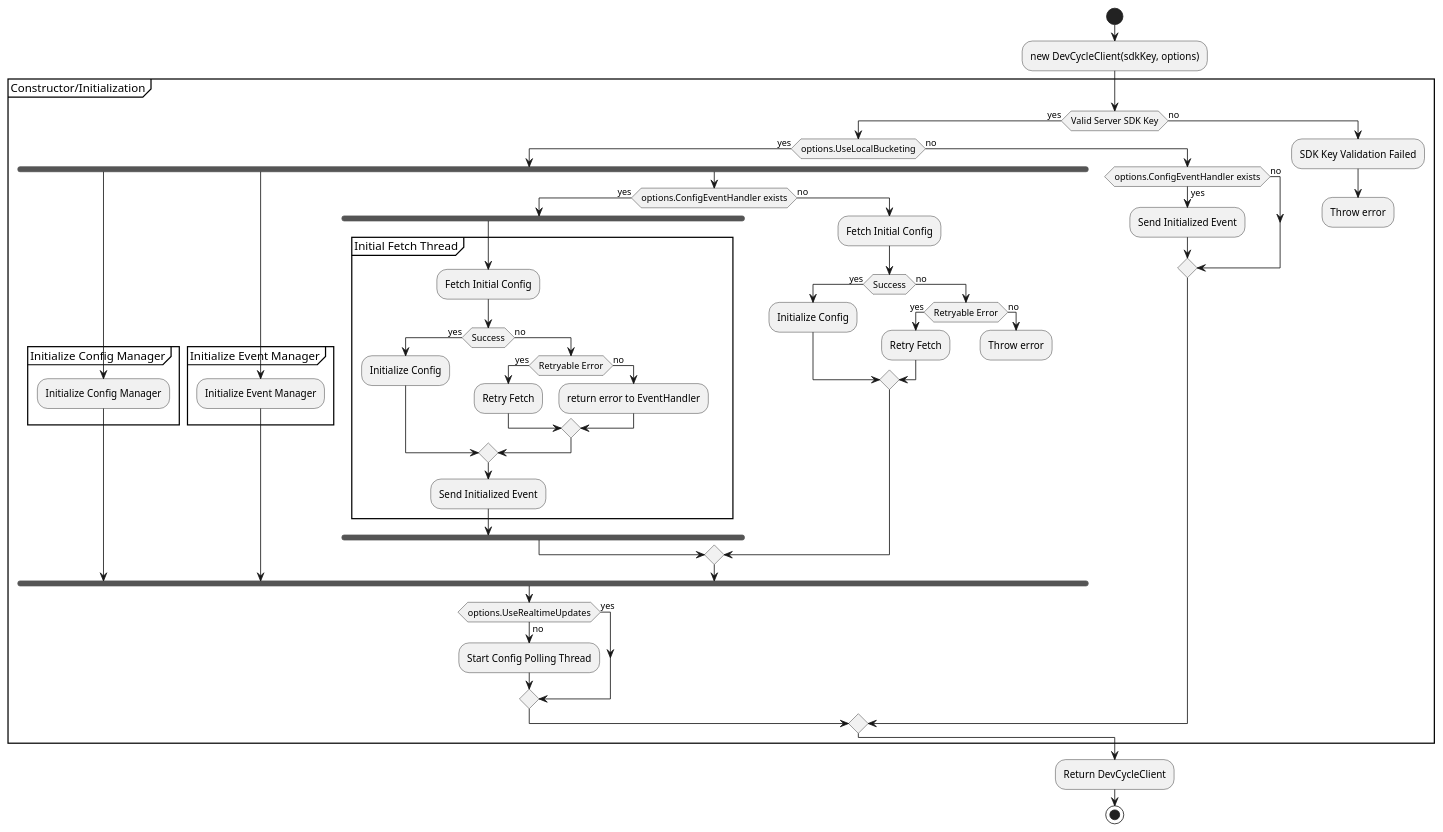
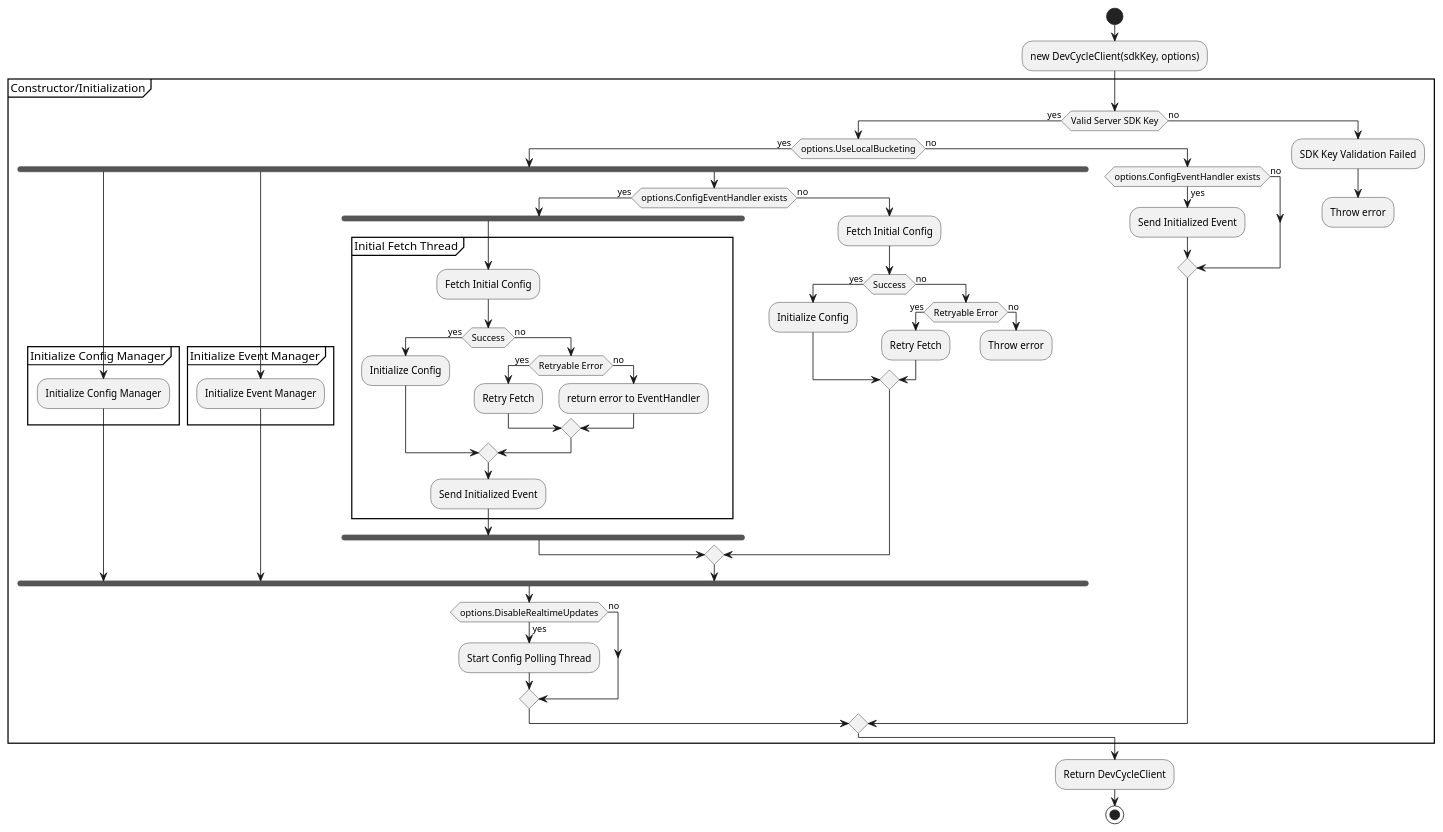
One commit to DevCycleHQ/devcycle-docs changed the diagram in diagrams/server-sdk-initialization.puml. Above: the diagram before and after it, drawn with PlantUML. The commit also changed 1 other file, not shown here.

```diff
--- a/diagrams/server-sdk-initialization.puml
+++ b/diagrams/server-sdk-initialization.puml
@@ -1,66 +1,66 @@
 @startuml
 'DevCycle Server SDK Initialization Sequence Diagram
 start
 :new DevCycleClient(sdkKey, options);
 group Constructor/Initialization
     if (Valid Server SDK Key) then (yes)
         if (options.UseLocalBucketing) then (yes)
             fork
             group Initialize Config Manager
                 :Initialize Config Manager;
             end group
             fork again
             group Initialize Event Manager
                 :Initialize Event Manager;
             end group
             fork again
             if (options.ConfigEventHandler exists) then (yes)
                 fork
                 group Initial Fetch Thread
                     :Fetch Initial Config;
                     if (Success) then (yes)
                         :Initialize Config;
                     else (no)
                         if (Retryable Error) then (yes)
                             :Retry Fetch;
                         else (no)
                             :return error to EventHandler;
                         endif
                     endif
                     :Send Initialized Event;
                 end group
                 end fork
             else (no)
                 :Fetch Initial Config;
                 if (Success) then (yes)
                     :Initialize Config;
                 else (no)
                     if (Retryable Error) then (yes)
                         :Retry Fetch;
                     else (no)
                         :Throw error;
                         kill
                     endif
                 endif
             endif
             end fork
-            if (options.UseRealtimeUpdates) then (no)
+            if (options.DisableRealtimeUpdates) then (yes)
                 :Start Config Polling Thread;
-            else (yes)
+            else (no)
             endif
         else (no)
             if (options.ConfigEventHandler exists) then (yes)
                 :Send Initialized Event;
             else (no)
             endif
         endif
     else (no)
         :SDK Key Validation Failed;
         :Throw error;
         kill
     endif
 end group
 :Return DevCycleClient;
 stop
 
 @enduml
```
